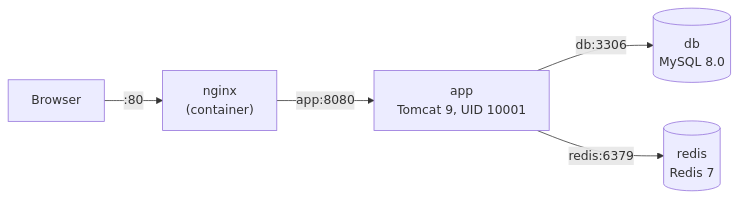
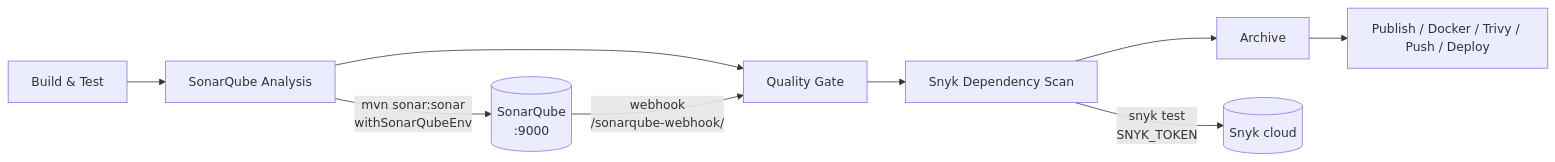
One commit to nazariybu/travelagency changed the diagram in README.md. Above: the diagram before and after it, drawn with Mermaid. The commit also changed other lines of this file and 1 other file, not shown here.

Commit message:
docs: SonarQube and Snyk

````diff
--- a/README.md
+++ b/README.md
@@ -105,7 +18,7 @@
 ```mermaid
 flowchart LR
-    U["Browser"] -->|":80"| N["nginx<br/>(container)"]
-    N -->|"app:8080"| A["app<br/>Tomcat 9, UID 10001"]
-    A -->|"db:3306"| DB[("db<br/>MySQL 8.0")]
-    A -->|"redis:6379"| R[("redis<br/>Redis 7")]
+    B["Build & Test"] --> S["SonarQube Analysis"] --> Q["Quality Gate"] --> K["Snyk Dependency Scan"] --> A["Archive"] --> P["Publish / Docker / Trivy / Push / Deploy"]
+    S -->|"mvn sonar:sonar<br/>withSonarQubeEnv"| SQ[("SonarQube<br/>:9000")]
+    SQ -->|"webhook<br/>/sonarqube-webhook/"| Q
+    K -->|"snyk test<br/>SNYK_TOKEN"| SN[("Snyk cloud")]
 ```
````
